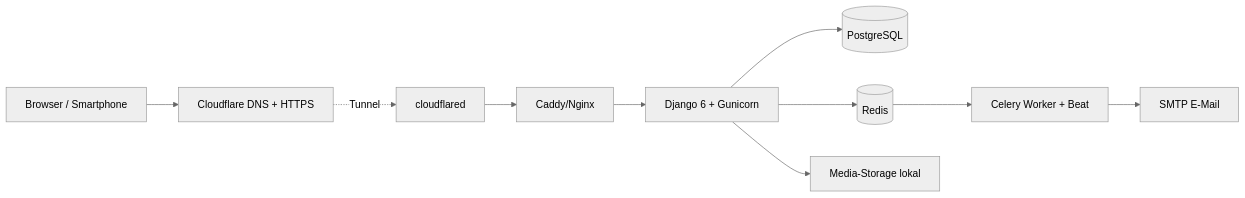
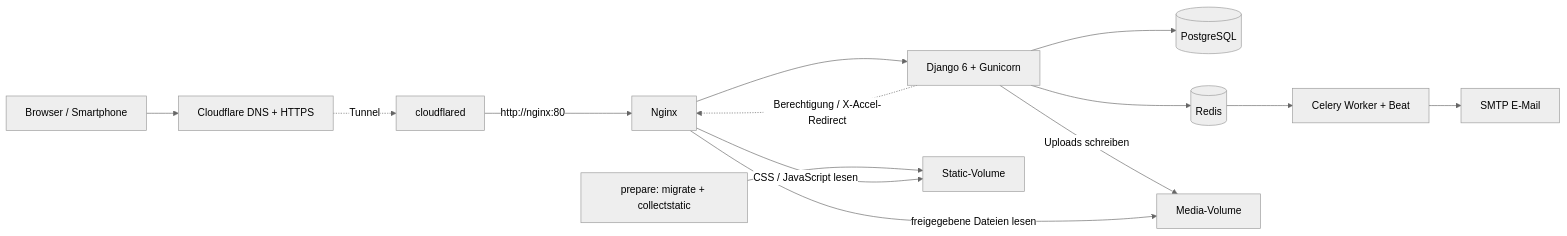
One commit to eschafellner/breakpoint-ng changed the first of 3 diagrams in Bauplan_Tennisverein_CMS.md. Above: the diagram before and after it, drawn with Mermaid (neutral theme). The commit also changed other lines of this file and 90 other files, not shown here.

````diff
--- a/Bauplan_Tennisverein_CMS.md
+++ b/Bauplan_Tennisverein_CMS.md
@@ -156,12 +158,16 @@
 ```mermaid
 flowchart LR
     U[Browser / Smartphone] --> CF[Cloudflare DNS + HTTPS]
     CF -.Tunnel.-> T[cloudflared]
-    T --> N[Caddy/Nginx]
+    T -->|http://nginx:80| N[Nginx]
     N --> D[Django 6 + Gunicorn]
     D --> P[(PostgreSQL)]
     D --> R[(Redis)]
     R --> C[Celery Worker + Beat]
     C --> M[SMTP E-Mail]
-    D --> S[Media-Storage lokal]
+    PREP[prepare: migrate + collectstatic] --> ST[Static-Volume]
+    N -->|CSS / JavaScript lesen| ST
+    D -->|Uploads schreiben| S[Media-Volume]
+    D -.Berechtigung / X-Accel-Redirect.-> N
+    N -->|freigegebene Dateien lesen| S
 ```
````
